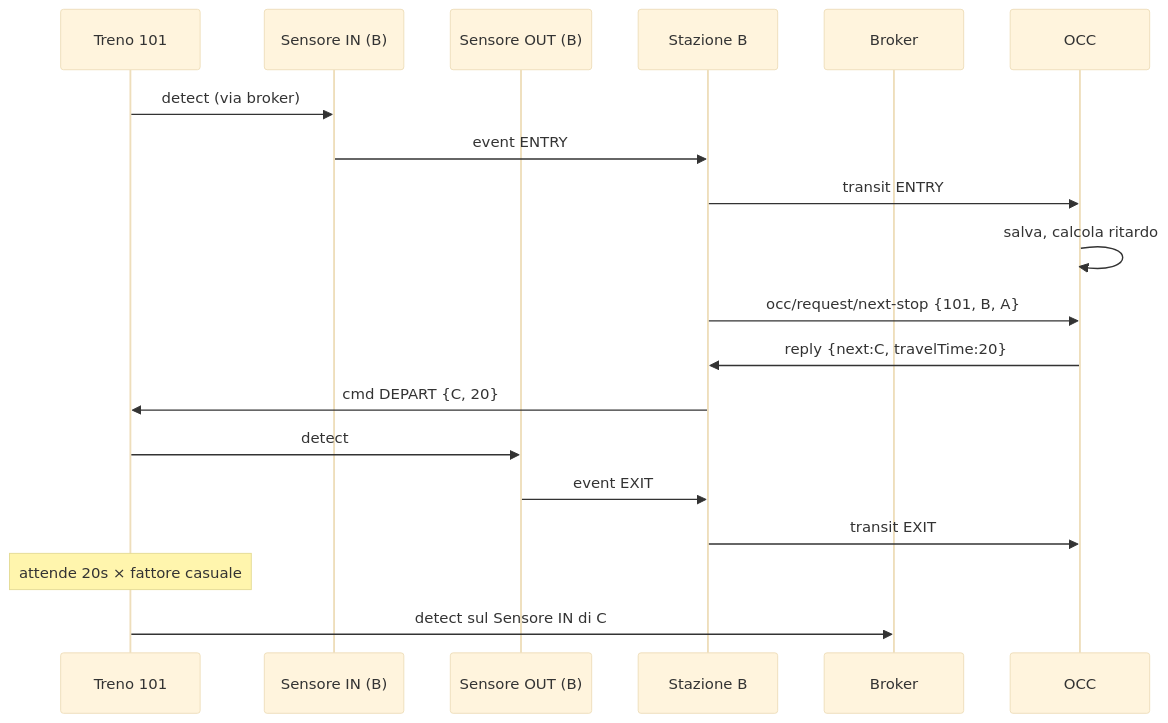
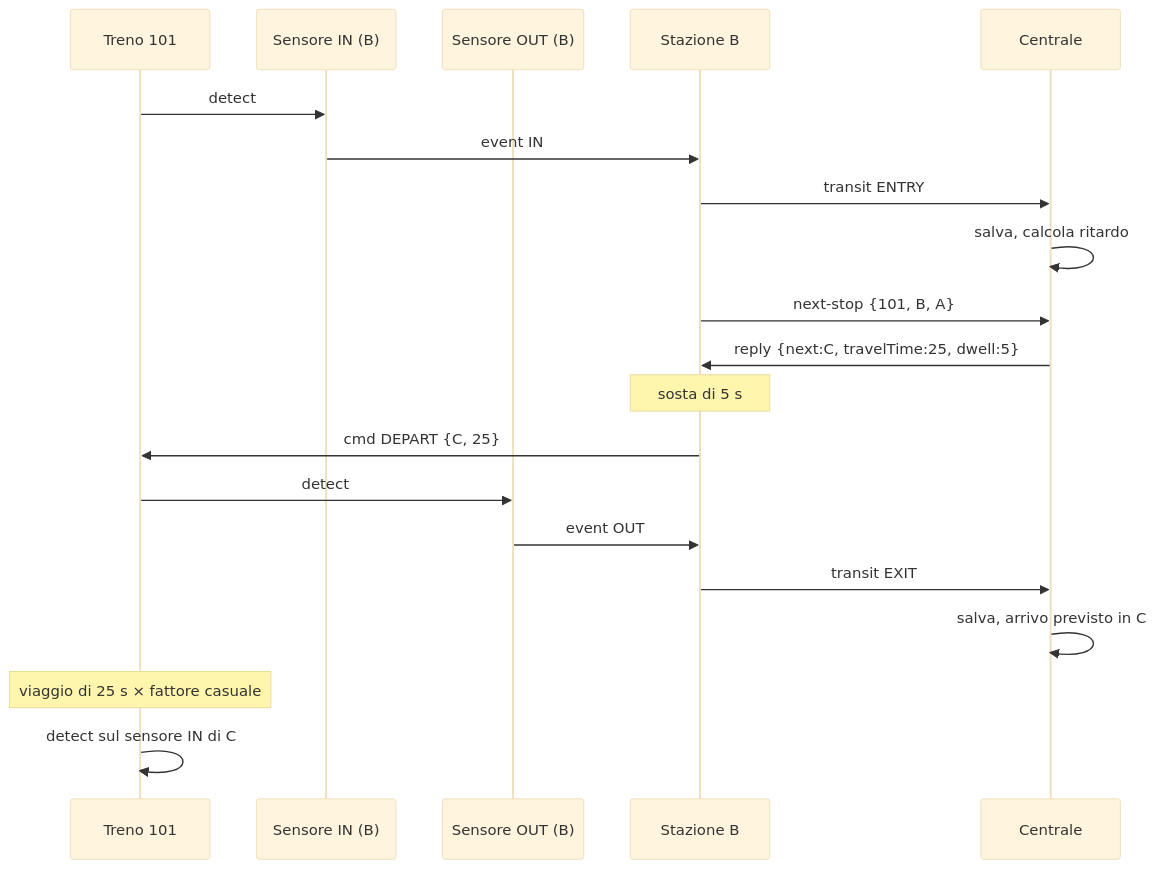
One commit to lucateofilo/PissirShared changed the fourth of 7 diagrams in docs/architettura.md. Above: the diagram before and after it, drawn with Mermaid (base theme). The commit also changed other lines of this file and 2 other files, not shown here.

````diff
--- a/docs/architettura.md
+++ b/docs/architettura.md
@@ -328,21 +336,22 @@
 ```mermaid
 sequenceDiagram
   participant T as Treno 101
   participant SI as Sensore IN (B)
   participant SO as Sensore OUT (B)
   participant S as Stazione B
-  participant B as Broker
-  participant O as OCC
-  T->>SI: detect (via broker)
-  SI->>S: event ENTRY
+  participant O as Centrale
+  T->>SI: detect
+  SI->>S: event IN
   S->>O: transit ENTRY
   O->>O: salva, calcola ritardo
-  S->>O: occ/request/next-stop {101, B, A}
-  O->>S: reply {next:C, travelTime:20}
-  S->>T: cmd DEPART {C, 20}
+  S->>O: next-stop {101, B, A}
+  O->>S: reply {next:C, travelTime:25, dwell:5}
+  Note over S: sosta di 5 s
+  S->>T: cmd DEPART {C, 25}
   T->>SO: detect
-  SO->>S: event EXIT
+  SO->>S: event OUT
   S->>O: transit EXIT
-  Note over T: attende 20s × fattore casuale
-  T->>B: detect sul Sensore IN di C
+  O->>O: salva, arrivo previsto in C
+  Note over T: viaggio di 25 s × fattore casuale
+  T->>T: detect sul sensore IN di C
 ```
````
